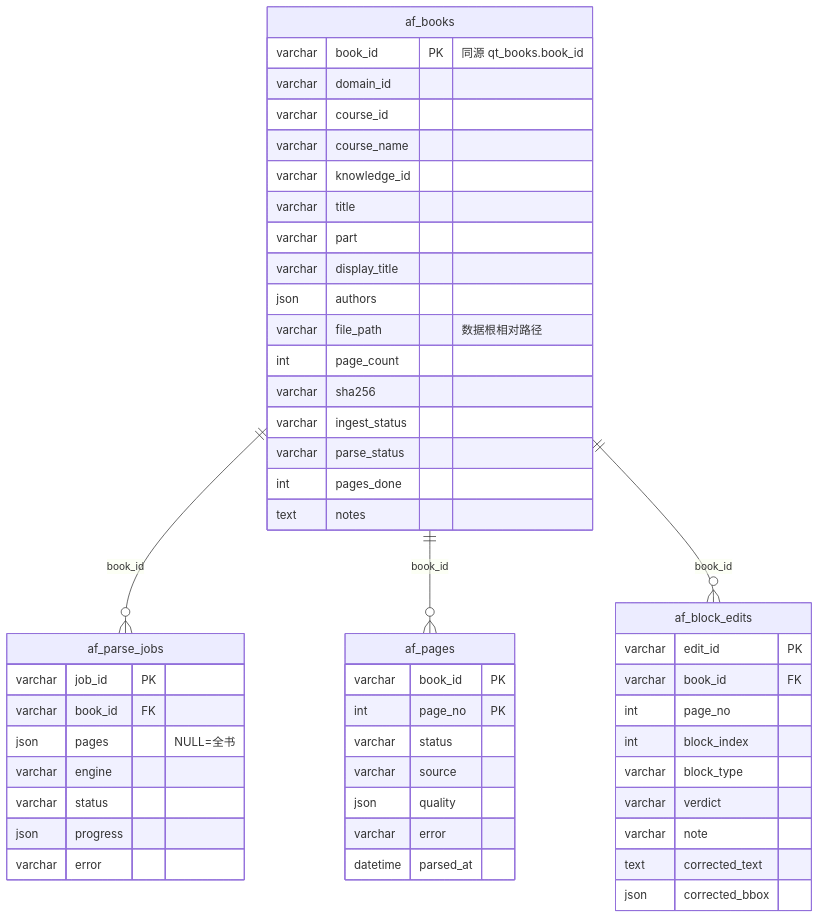
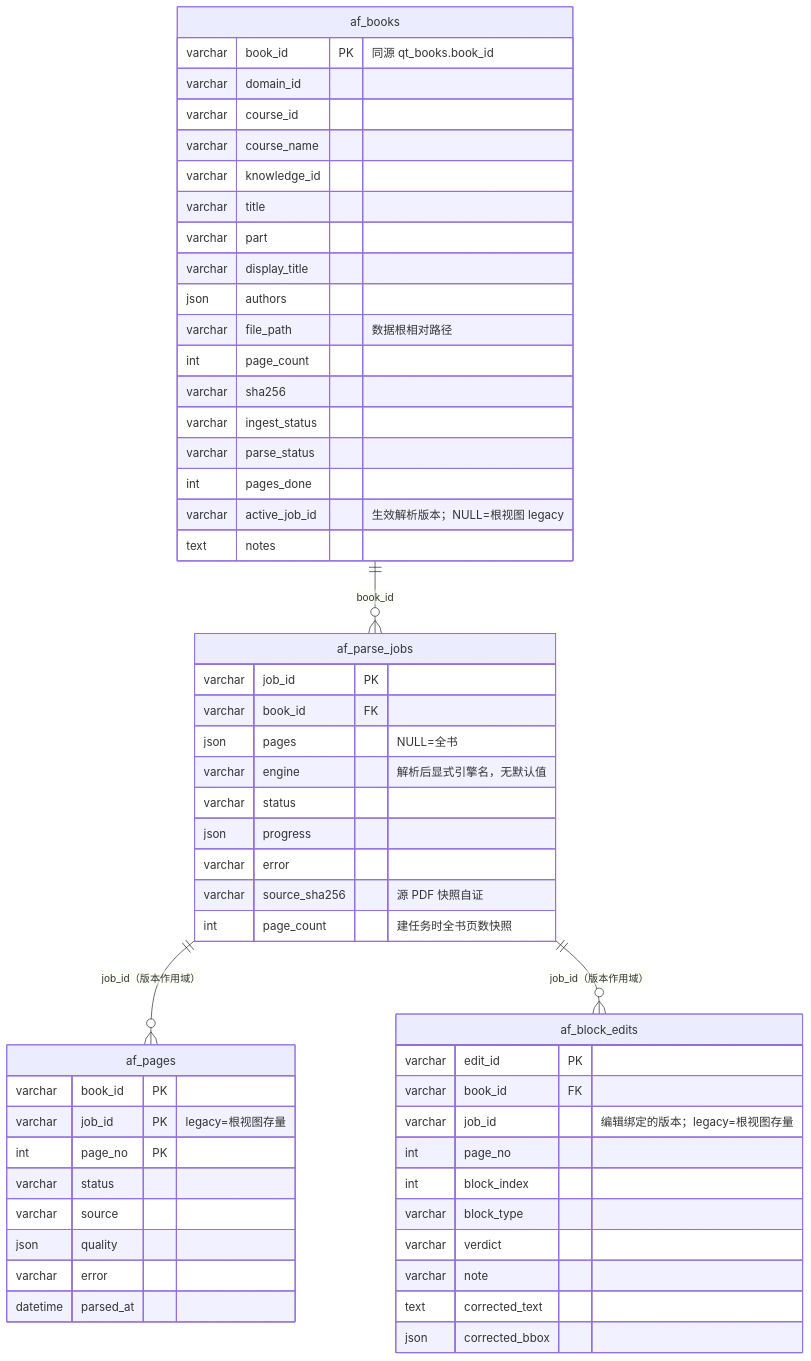
Before and after one commit to swfswf1234/Axiom-Flow: the diagram in docs/architecture/database-design.md, drawn with Mermaid. The commit also changed other lines of this file and 22 other files, not shown here.

````diff
--- a/docs/architecture/database-design.md
+++ b/docs/architecture/database-design.md
@@ -38,53 +44,58 @@
 ```mermaid
 erDiagram
     af_books ||--o{ af_parse_jobs : "book_id"
-    af_books ||--o{ af_pages : "book_id"
-    af_books ||--o{ af_block_edits : "book_id"
+    af_parse_jobs ||--o{ af_pages : "job_id（版本作用域）"
+    af_parse_jobs ||--o{ af_block_edits : "job_id（版本作用域）"
     af_books {
         varchar book_id PK "同源 qt_books.book_id"
         varchar domain_id
         varchar course_id
         varchar course_name
         varchar knowledge_id
         varchar title
         varchar part
         varchar display_title
         json authors
         varchar file_path "数据根相对路径"
         int page_count
         varchar sha256
         varchar ingest_status
         varchar parse_status
         int pages_done
+        varchar active_job_id "生效解析版本；NULL=根视图 legacy"
         text notes
     }
     af_parse_jobs {
         varchar job_id PK
         varchar book_id FK
         json pages "NULL=全书"
-        varchar engine
+        varchar engine "解析后显式引擎名，无默认值"
         varchar status
         json progress
         varchar error
+        varchar source_sha256 "源 PDF 快照自证"
+        int page_count "建任务时全书页数快照"
     }
     af_pages {
         varchar book_id PK
+        varchar job_id PK "legacy=根视图存量"
         int page_no PK
         varchar status
         varchar source
         json quality
         varchar error
         datetime parsed_at
     }
     af_block_edits {
         varchar edit_id PK
         varchar book_id FK
+        varchar job_id "编辑绑定的版本；legacy=根视图存量"
         int page_no
         int block_index
         varchar block_type
         varchar verdict
         varchar note
         text corrected_text
         json corrected_bbox
     }
 ```
````
